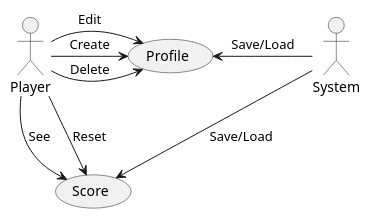
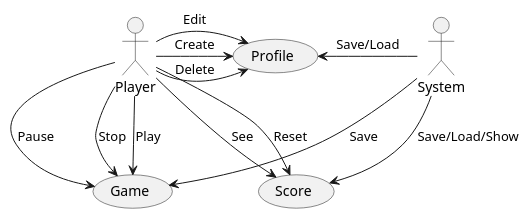
One commit to AntoninoRando/Grid-Quest changed the diagram in src/doc/use-case-diagram.wsd. Above: the diagram before and after it, drawn with PlantUML. The commit also changed 8 other files, not shown here.

Commit message:
refactor: Update software diagrams

```diff
--- a/src/doc/use-case-diagram.wsd
+++ b/src/doc/use-case-diagram.wsd
@@ -1,15 +1,21 @@
 @startuml usecase
 
 Actor Player
 Actor System
 
 Player -down-> (Score) : See
 Player -down-> (Score) : Reset
 Player -right-> (Profile) : Create
 Player -right-> (Profile) : Edit
 Player -right-> (Profile) : Delete
 
-System -down-> (Score) : Save/Load
+System -down-> (Score) : Save/Load/Show
 System -left-> (Profile) : Save/Load
 
+Player -right-> (Game) : Play
+Player -right-> (Game) : Pause
+Player -right-> (Game) : Stop
+
+System --> (Game) : Save
+
 @enduml
```
